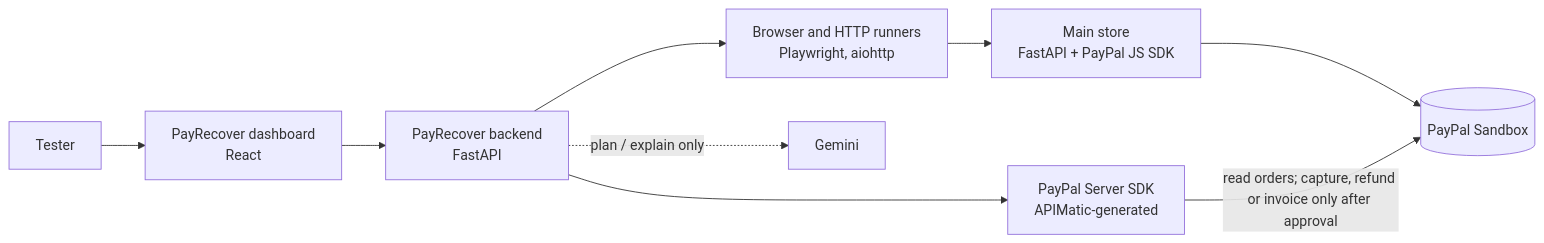
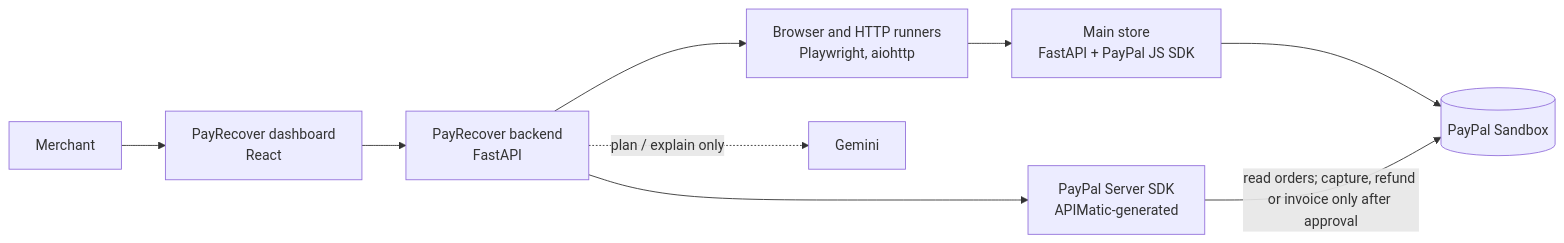
Before and after one commit to Aditya-Sharma23/PayRecover-AI: the diagram in README.md, drawn with Mermaid. The commit also changed other lines of this file, not shown here.

````diff
--- a/README.md
+++ b/README.md
@@ -350,11 +354,11 @@
 ```mermaid
 flowchart LR
-    U[Tester] --> D[PayRecover dashboard<br/>React]
+    U[Merchant] --> D[PayRecover dashboard<br/>React]
     D --> B[PayRecover backend<br/>FastAPI]
     B --> R[Browser and HTTP runners<br/>Playwright, aiohttp]
     B --> P[PayPal Server SDK<br/>APIMatic-generated]
     B -. plan / explain only .-> G[Gemini]
     R --> S[Main store<br/>FastAPI + PayPal JS SDK]
     S --> PP[(PayPal Sandbox)]
     P -- read orders; capture, refund or invoice only after approval --> PP
 ```
````
